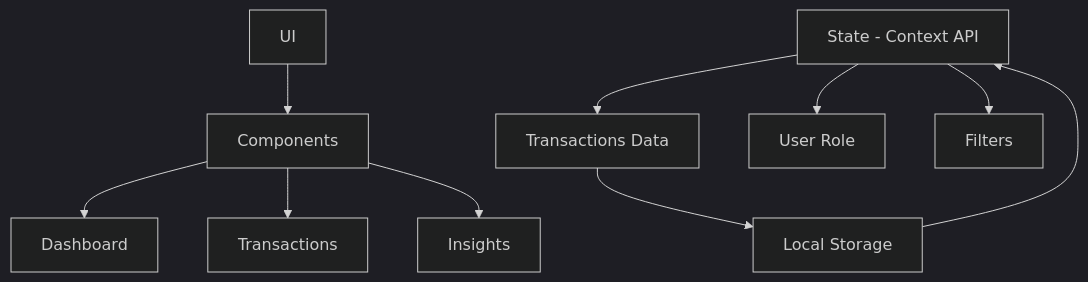
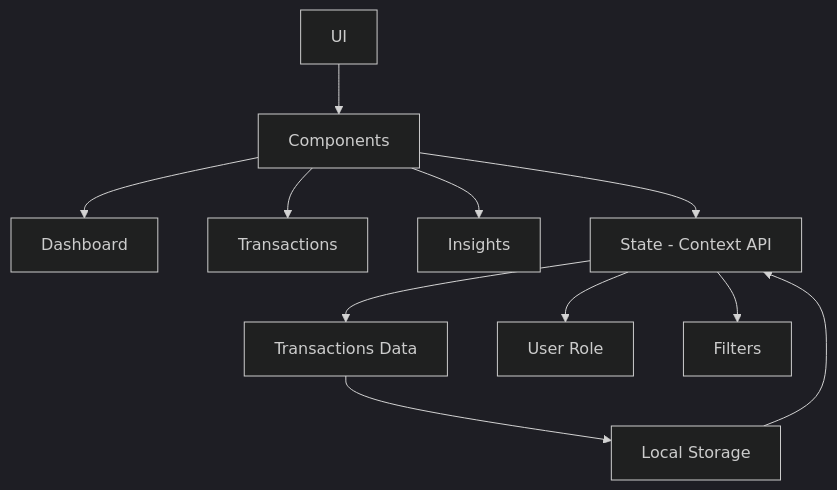
One commit to kesharwaniayush/finance-flow changed the diagram in README.md. Above: the diagram before and after it, drawn with Mermaid (dark theme). The commit also changed other lines of this file, not shown here.

Commit message:
Update README with live demo link and flowchart fixes

````diff
--- a/README.md
+++ b/README.md
@@ -77,18 +77,18 @@
 ```mermaid
 flowchart TD
     A[UI] --> B[Components]
 
     B --> C[Dashboard]
     B --> D[Transactions]
     B --> E[Insights]
 
-    F[State - Context API]
+    B --> F[State - Context API]
 
     F --> G[Transactions Data]
     F --> H[User Role]
     F --> I[Filters]
 
     G --> J[Local Storage]
     J --> F
 
 ```
````
